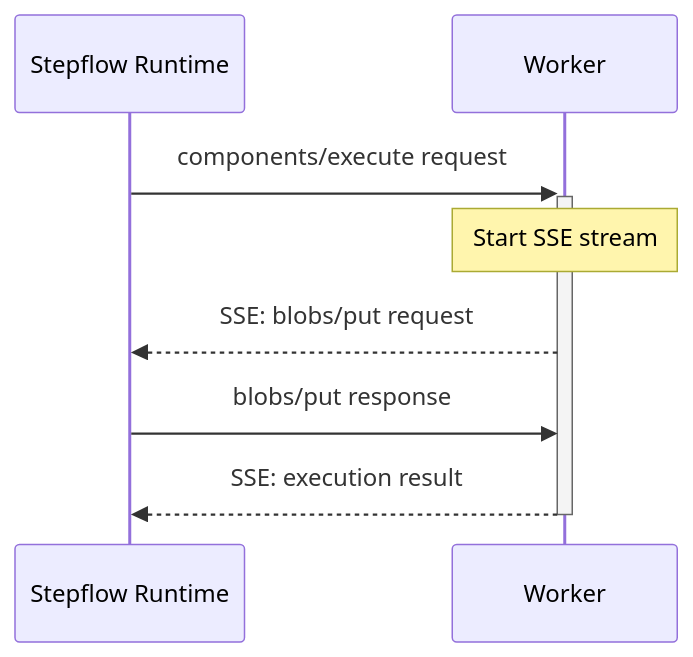
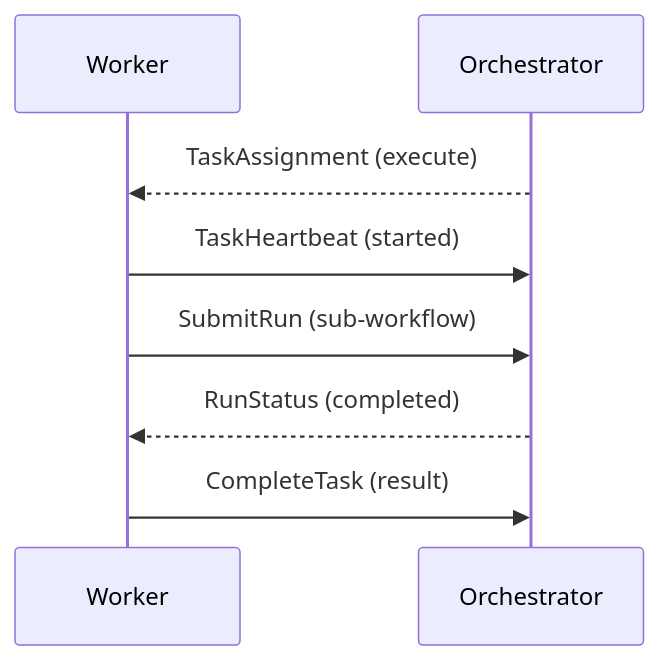
The third of 3 diagrams in docs/docs/protocol/index.md (stepflow-ai/stepflow), drawn with Mermaid before and after one commit. The commit also changed other lines of this file and 28 other files, not shown here.

First line of the commit message:
docs: Update documentation for gRPC-first architecture

````diff
--- a/docs/docs/protocol/index.md
+++ b/docs/docs/protocol/index.md
@@ -124,11 +118,11 @@
 ```mermaid
 sequenceDiagram
-    participant Runtime as Stepflow Runtime
     participant Worker as Worker
+    participant Orchestrator as Orchestrator
 
-    Runtime->>+Worker: components/execute request
-    Note over Worker: Start SSE stream
-    Worker-->>Runtime: SSE: blobs/put request
-    Runtime->>Worker: blobs/put response
-    Worker-->>-Runtime: SSE: execution result
+    Orchestrator-->>Worker: TaskAssignment (execute)
+    Worker->>Orchestrator: TaskHeartbeat (started)
+    Worker->>Orchestrator: SubmitRun (sub-workflow)
+    Orchestrator-->>Worker: RunStatus (completed)
+    Worker->>Orchestrator: CompleteTask (result)
 ```
````
